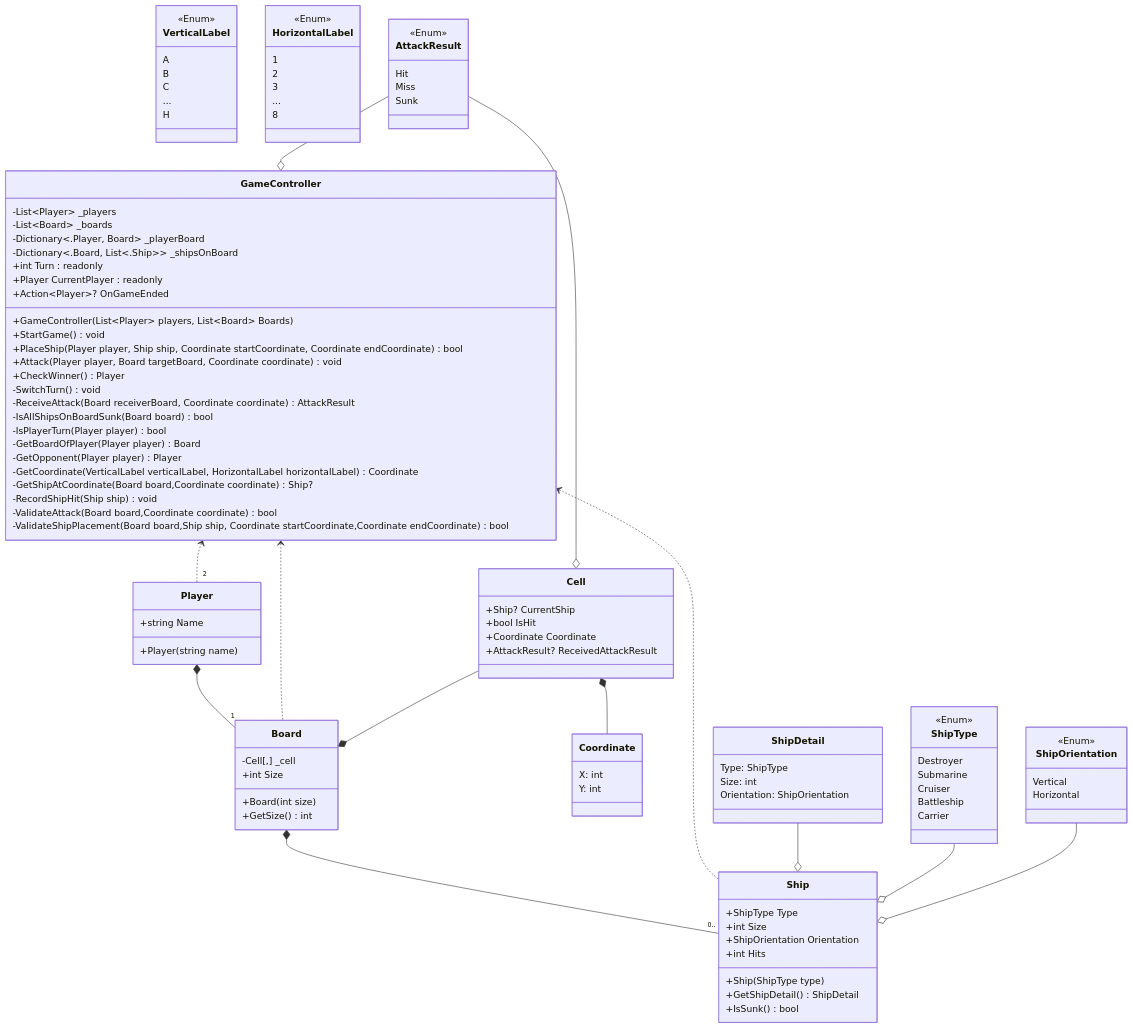
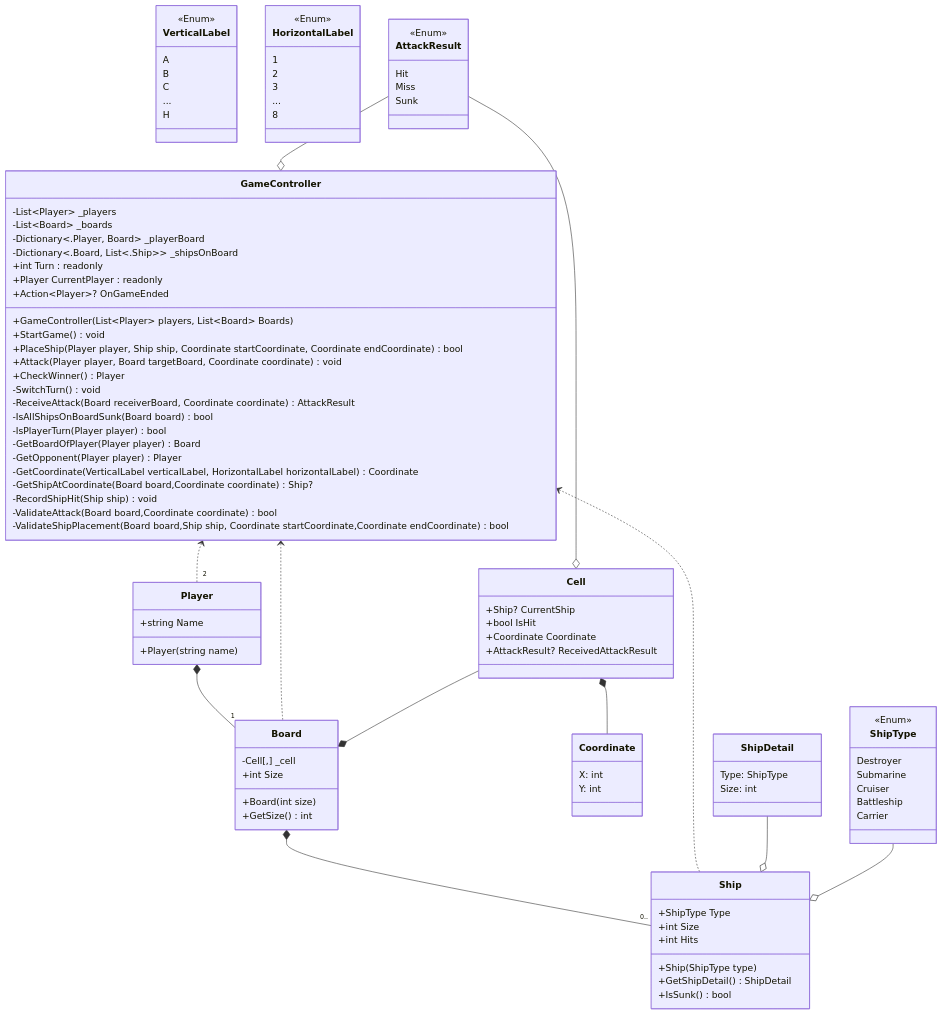
Before and after one commit to Zulfaabam/bootcamp-formulatrix: the diagram in battleships.md, drawn with Mermaid.

```diff
--- a/battleships.md
+++ b/battleships.md
@@ -7,7 +7,6 @@
     class ShipDetail {
         Type: ShipType
         Size: int
-        Orientation: ShipOrientation
     }
 
     class Coordinate {
@@ -18,16 +17,10 @@
     class Ship {
         +ShipType Type
         +int Size
-        +ShipOrientation Orientation
         +int Hits
         +Ship(ShipType type)
         +GetShipDetail() ShipDetail
         +IsSunk() bool
-    }
-
-    class ShipOrientation {
-        Vertical
-        Horizontal
     }
 
     class ShipType {
@@ -104,13 +97,12 @@
         -ValidateAttack(Board board,Coordinate coordinate) bool
         -ValidateShipPlacement(Board board,Ship ship, Coordinate startCoordinate,Coordinate endCoordinate) bool
     }
-    
+
 
     <<Enum>> ShipType
     <<Enum>> AttackResult
     <<Enum>> VerticalLabel
     <<Enum>> HorizontalLabel
-    <<Enum>> ShipOrientation
 
     Player *-- "1" Board
     Board *-- "0.." Ship
@@ -120,7 +112,6 @@
     GameController <.. Ship
     ShipDetail --o Ship
     ShipType --o Ship
-    ShipOrientation --o Ship
     AttackResult --o GameController
     AttackResult --o Cell
     Cell --* Board
```
